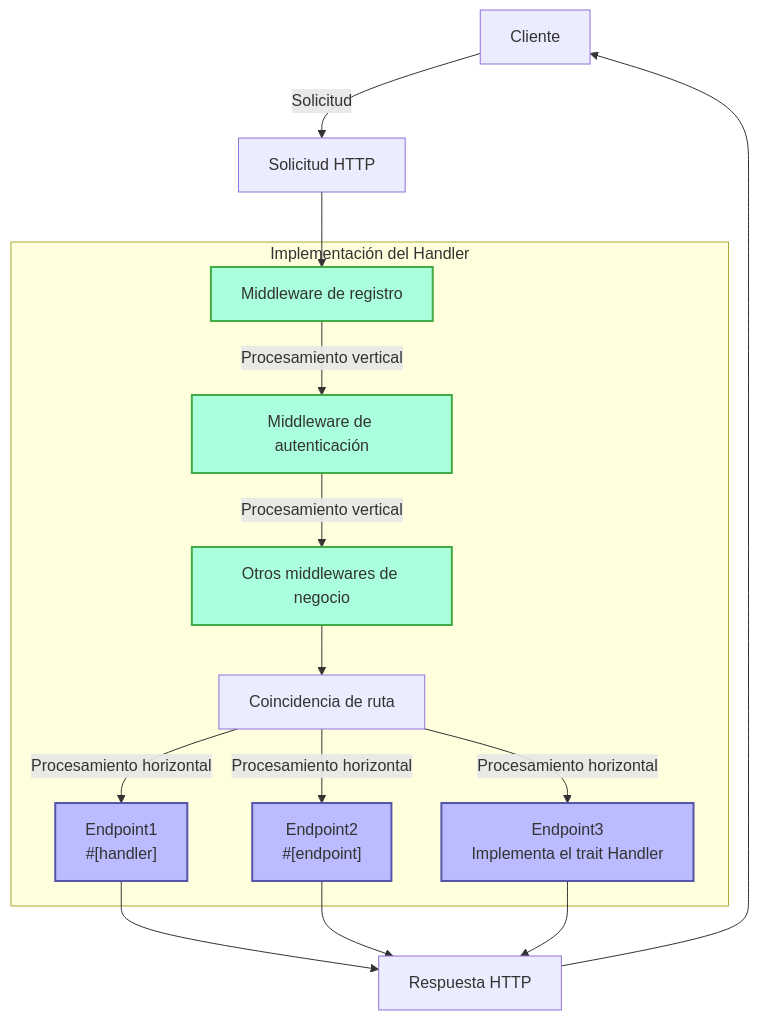
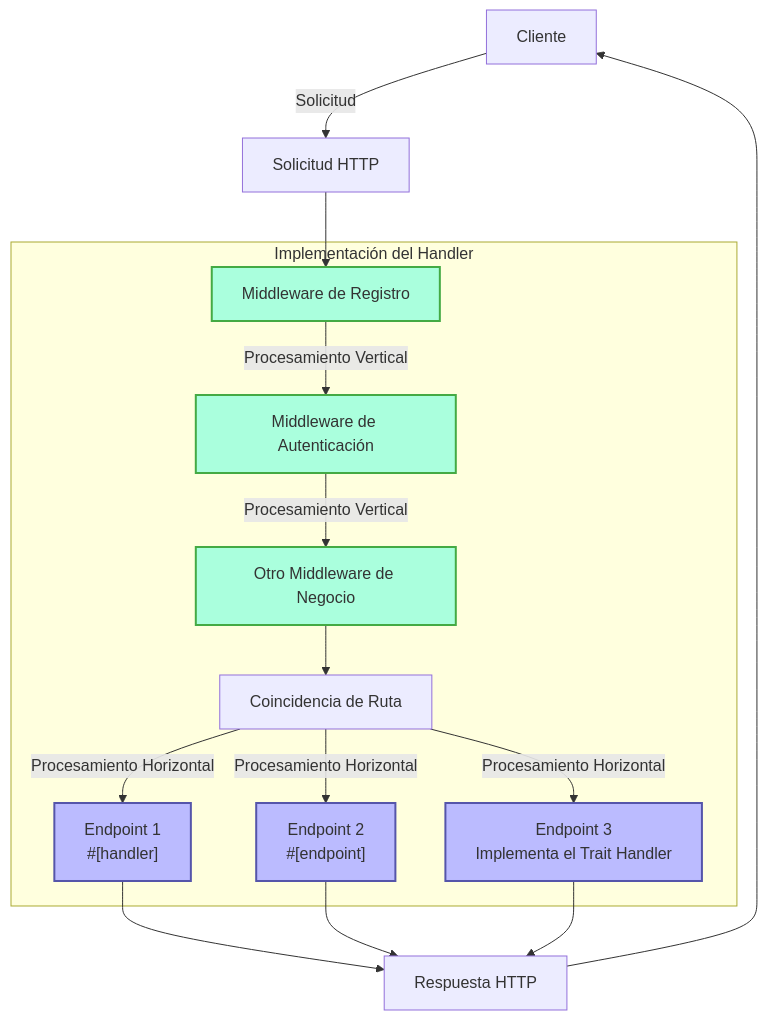
Before and after one commit to salvo-rs/website: the first of 2 diagrams in docs/es/guide/concepts/handler.mdx, drawn with Mermaid. The commit also changed other lines of this file and 326 other files, not shown here.

````diff
--- a/docs/es/guide/concepts/handler.mdx
+++ b/docs/es/guide/concepts/handler.mdx
@@ -15,25 +15,25 @@
 ```mermaid
 flowchart TD
-    Client[Cliente] -->|Solicitud| Request[Solicitud HTTP]
-    Request --> M1
+    Cliente[Cliente] -->|Solicitud| Solicitud[Solicitud HTTP]
+    Solicitud --> M1
 
     subgraph "Implementación del Handler"
-        M1[Middleware de registro] -->|Procesamiento vertical| M2[Middleware de autenticación] -->|Procesamiento vertical| M3[Otros middlewares de negocio]
-        M3 --> Router[Coincidencia de ruta]
+        M1[Middleware de Registro] -->|Procesamiento Vertical| M2[Middleware de Autenticación] -->|Procesamiento Vertical| M3[Otro Middleware de Negocio]
+        M3 --> Enrutador[Coincidencia de Ruta]
 
-        Router -->|Procesamiento horizontal| E1["Endpoint1<br>#[handler]"]
-        Router -->|Procesamiento horizontal| E2["Endpoint2<br>#[endpoint]"]
-        Router -->|Procesamiento horizontal| E3["Endpoint3<br>Implementa el trait Handler"]
+        Enrutador -->|Procesamiento Horizontal| E1["Endpoint 1<br>#[handler]"]
+        Enrutador -->|Procesamiento Horizontal| E2["Endpoint 2<br>#[endpoint]"]
+        Enrutador -->|Procesamiento Horizontal| E3["Endpoint 3<br>Implementa el Trait Handler"]
     end
 
-    E1 --> Response[Respuesta HTTP]
-    E2 --> Response
-    E3 --> Response
-    Response --> Client
+    E1 --> Respuesta[Respuesta HTTP]
+    E2 --> Respuesta
+    E3 --> Respuesta
+    Respuesta --> Cliente
 
     classDef middleware fill:#afd,stroke:#4a4,stroke-width:2px;
     classDef endpoint fill:#bbf,stroke:#55a,stroke-width:2px;
 
     class M1,M2,M3 middleware;
     class E1,E2,E3 endpoint;
 ```
````
